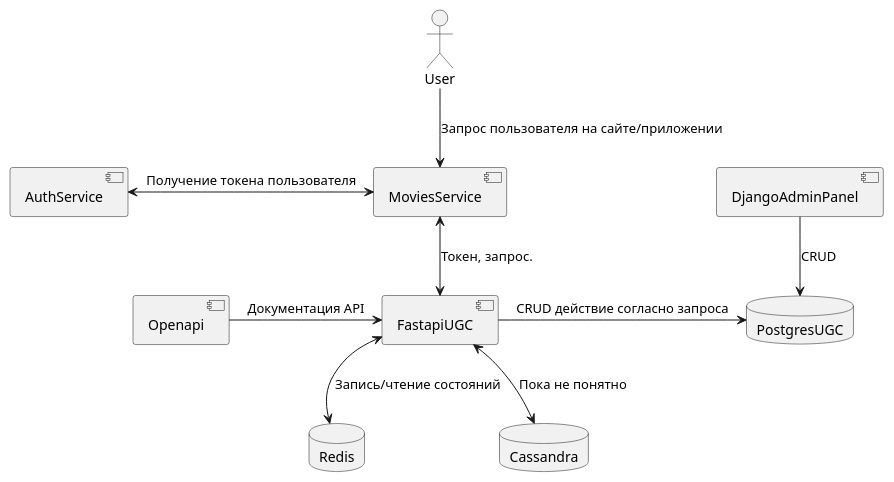
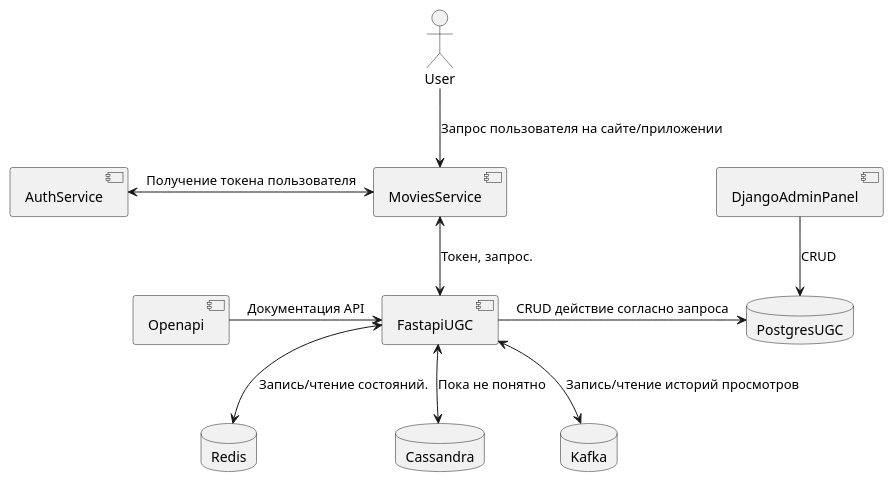
Before and after one commit to Khosep/UGC_service: the diagram in ugc-service/architecture.wsd, drawn with PlantUML.

Commit message:
add Kafka

```diff
--- a/ugc-service/architecture.wsd
+++ b/ugc-service/architecture.wsd
@@ -1,22 +1,24 @@
 @startuml
 skinparam componentStyle uml2
 component AuthService
 component MoviesService
 actor User as Client
 component FastapiUGC
 component Openapi
 component DjangoAdminPanel
 database PostgresUGC
 database Redis
 database Cassandra
+database Kafka
 
 Client -down-> MoviesService: Запрос пользователя на сайте/приложении
 MoviesService <-left-> AuthService: Получение токена пользователя
 MoviesService <-down-> FastapiUGC: Токен, запрос.
 FastapiUGC -> PostgresUGC: CRUD действие согласно запроса
-FastapiUGC <-down-> Redis: Запись/чтение состояний
+FastapiUGC <-down-> Redis: Запись/чтение состояний.
 FastapiUGC <-down-> Cassandra: Пока не понятно
+FastapiUGC <-down-> Kafka: Запись/чтение историй просмотров
 
 DjangoAdminPanel -down-> PostgresUGC: CRUD
 Openapi -right-> FastapiUGC: Документация API
 @enduml
```
